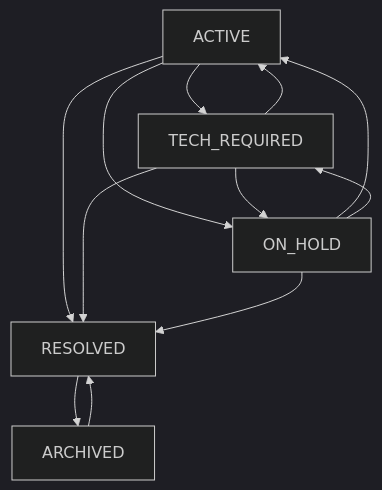
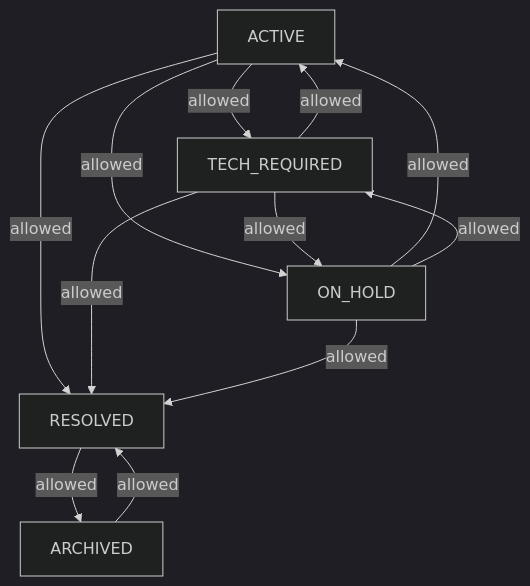
Before and after one commit to flamingo-stack/openframe-oss-lib: the diagram in openframe-data-mongo-common/src/main/java/com/openframe/data/document/ticket/.TicketStatus.md, drawn with Mermaid (dark theme). The commit also changed other lines of this file and 401 other files, not shown here.

````diff
--- a/openframe-data-mongo-common/src/main/java/com/openframe/data/document/ticket/.TicketStatus.md
+++ b/openframe-data-mongo-common/src/main/java/com/openframe/data/document/ticket/.TicketStatus.md
@@ -18,14 +12,14 @@
 ```mermaid
 graph TD
-    ACTIVE["ACTIVE"] --> TECH_REQUIRED["TECH_REQUIRED"]
-    ACTIVE --> ON_HOLD["ON_HOLD"]
-    ACTIVE --> RESOLVED["RESOLVED"]
-    TECH_REQUIRED --> ACTIVE
-    TECH_REQUIRED --> ON_HOLD
-    TECH_REQUIRED --> RESOLVED
-    ON_HOLD --> ACTIVE
-    ON_HOLD --> TECH_REQUIRED
-    ON_HOLD --> RESOLVED
-    RESOLVED --> ARCHIVED["ARCHIVED"]
-    ARCHIVED --> RESOLVED
+    ACTIVE["ACTIVE"] -->|"allowed"| TECH_REQUIRED["TECH_REQUIRED"]
+    ACTIVE -->|"allowed"| ON_HOLD["ON_HOLD"]
+    ACTIVE -->|"allowed"| RESOLVED["RESOLVED"]
+    TECH_REQUIRED -->|"allowed"| ACTIVE
+    TECH_REQUIRED -->|"allowed"| ON_HOLD
+    TECH_REQUIRED -->|"allowed"| RESOLVED
+    ON_HOLD -->|"allowed"| ACTIVE
+    ON_HOLD -->|"allowed"| TECH_REQUIRED
+    ON_HOLD -->|"allowed"| RESOLVED
+    RESOLVED -->|"allowed"| ARCHIVED["ARCHIVED"]
+    ARCHIVED -->|"allowed"| RESOLVED
 ```
````
